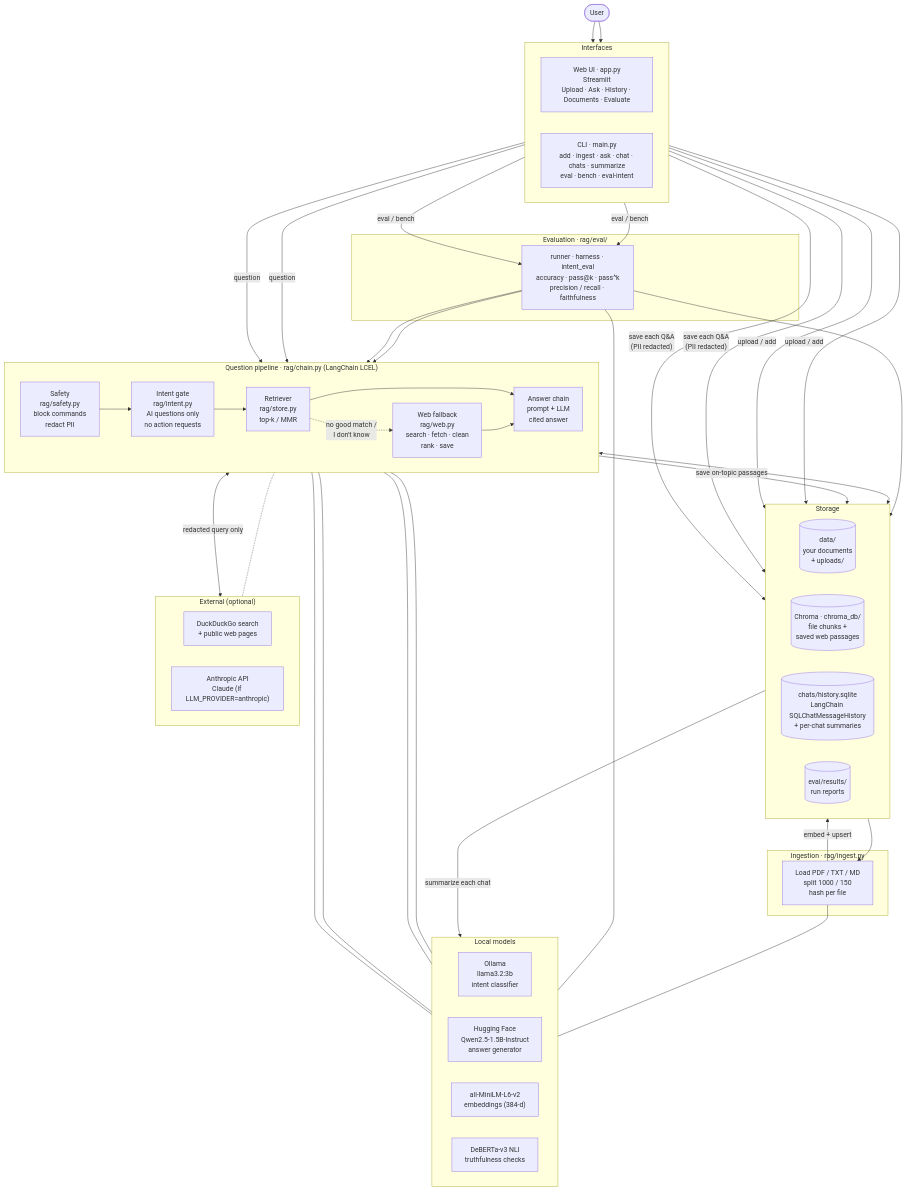
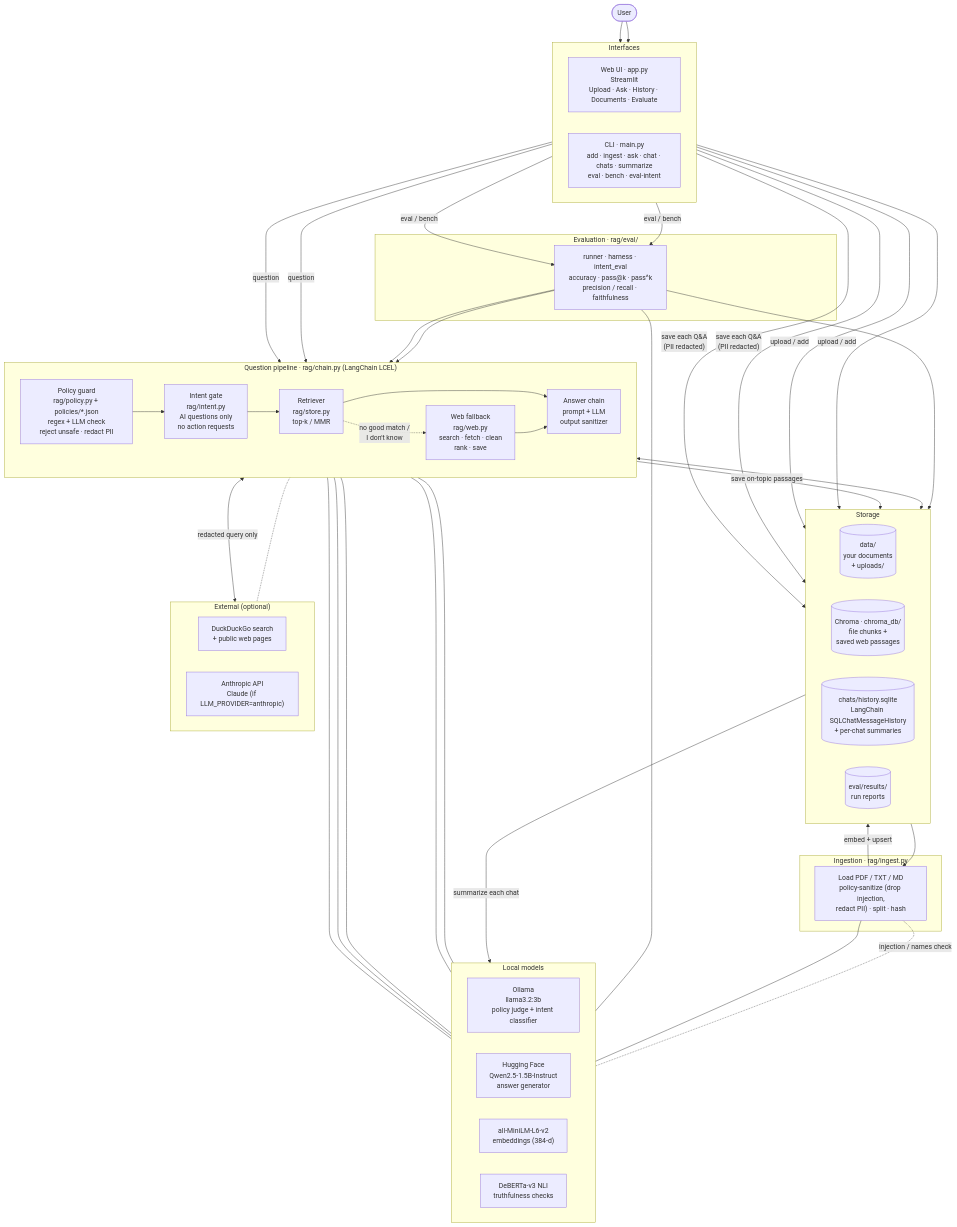
One commit to radhika-singh-10/LuminusRAG changed the first of 3 diagrams in README.md. Above: the diagram before and after it, drawn with Mermaid. The commit also changed other lines of this file and 21 other files, not shown here.

````diff
--- a/README.md
+++ b/README.md
@@ -16,70 +16,72 @@
 ```mermaid
 flowchart TB
     USER(["User"])
 
     subgraph IFACE["Interfaces"]
         direction LR
         WEB_UI["Web UI · app.py<br/>Streamlit<br/>Upload · Ask · History · Documents · Evaluate"]
         CLI["CLI · main.py<br/>add · ingest · ask · chat · chats · summarize<br/>eval · bench · eval-intent"]
     end
 
     subgraph PIPE["Question pipeline · rag/chain.py (LangChain LCEL)"]
         direction LR
-        SAFETY["Safety<br/>rag/safety.py<br/>block commands<br/>redact PII"]
+        SAFETY["Policy guard<br/>rag/policy.py + policies/*.json<br/>regex + LLM check<br/>reject unsafe · redact PII"]
         INTENT["Intent gate<br/>rag/intent.py<br/>AI questions only<br/>no action requests"]
         RETR["Retriever<br/>rag/store.py<br/>top-k / MMR"]
-        GEN["Answer chain<br/>prompt + LLM<br/>cited answer"]
+        GEN["Answer chain<br/>prompt + LLM<br/>output sanitizer"]
         WEBF["Web fallback<br/>rag/web.py<br/>search · fetch · clean<br/>rank · save"]
         SAFETY --> INTENT --> RETR --> GEN
         RETR -. "no good match /<br/>I don't know" .-> WEBF
         WEBF --> GEN
     end
 
     subgraph INGEST["Ingestion · rag/ingest.py"]
-        LOADER["Load PDF / TXT / MD<br/>split 1000 / 150<br/>hash per file"]
+        LOADER["Load PDF / TXT / MD<br/>policy-sanitize (drop injection,<br/>redact PII) · split · hash"]
     end
 
     subgraph MODELS["Local models"]
         direction LR
-        OLLAMA["Ollama<br/>llama3.2:3b<br/>intent classifier"]
+        OLLAMA["Ollama<br/>llama3.2:3b<br/>policy judge + intent classifier"]
         QWEN["Hugging Face<br/>Qwen2.5-1.5B-Instruct<br/>answer generator"]
         MINILM["all-MiniLM-L6-v2<br/>embeddings (384-d)"]
         NLI["DeBERTa-v3 NLI<br/>truthfulness checks"]
     end
 
     subgraph STORAGE["Storage"]
         direction LR
         FILES[("data/<br/>your documents<br/>+ uploads/")]
         CHROMA[("Chroma · chroma_db/<br/>file chunks +<br/>saved web passages")]
         HISTDB[("chats/history.sqlite<br/>LangChain SQLChatMessageHistory<br/>+ per-chat summaries")]
         RESULTS[("eval/results/<br/>run reports")]
     end
 
     subgraph EXT["External (optional)"]
         direction LR
         DDG["DuckDuckGo search<br/>+ public web pages"]
         CLAUDE["Anthropic API<br/>Claude (if LLM_PROVIDER=anthropic)"]
     end
 
     subgraph EVAL["Evaluation · rag/eval/"]
         HARNESS["runner · harness · intent_eval<br/>accuracy · pass@k · pass^k<br/>precision / recall · faithfulness"]
     end
 
     USER --> WEB_UI & CLI
     WEB_UI & CLI -- "question" --> SAFETY
     WEB_UI & CLI -- "upload / add" --> FILES
     FILES --> LOADER -- "embed + upsert" --> CHROMA
     INTENT --- OLLAMA
+    SAFETY --- OLLAMA
+    LOADER -. "injection / names check" .- OLLAMA
     RETR <--> CHROMA
     GEN --- QWEN
     GEN -.- CLAUDE
     LOADER & RETR & WEBF --- MINILM
     WEBF <-->|"redacted query only"| DDG
     WEBF -- "save on-topic passages" --> CHROMA
     WEB_UI & CLI -- "save each Q&A<br/>(PII redacted)" --> HISTDB
     HISTDB -- "summarize each chat" --> QWEN
     WEB_UI & CLI -- "eval / bench" --> HARNESS
     HARNESS --> RETR & GEN
     HARNESS --- NLI
     HARNESS --> RESULTS
 ```
````
